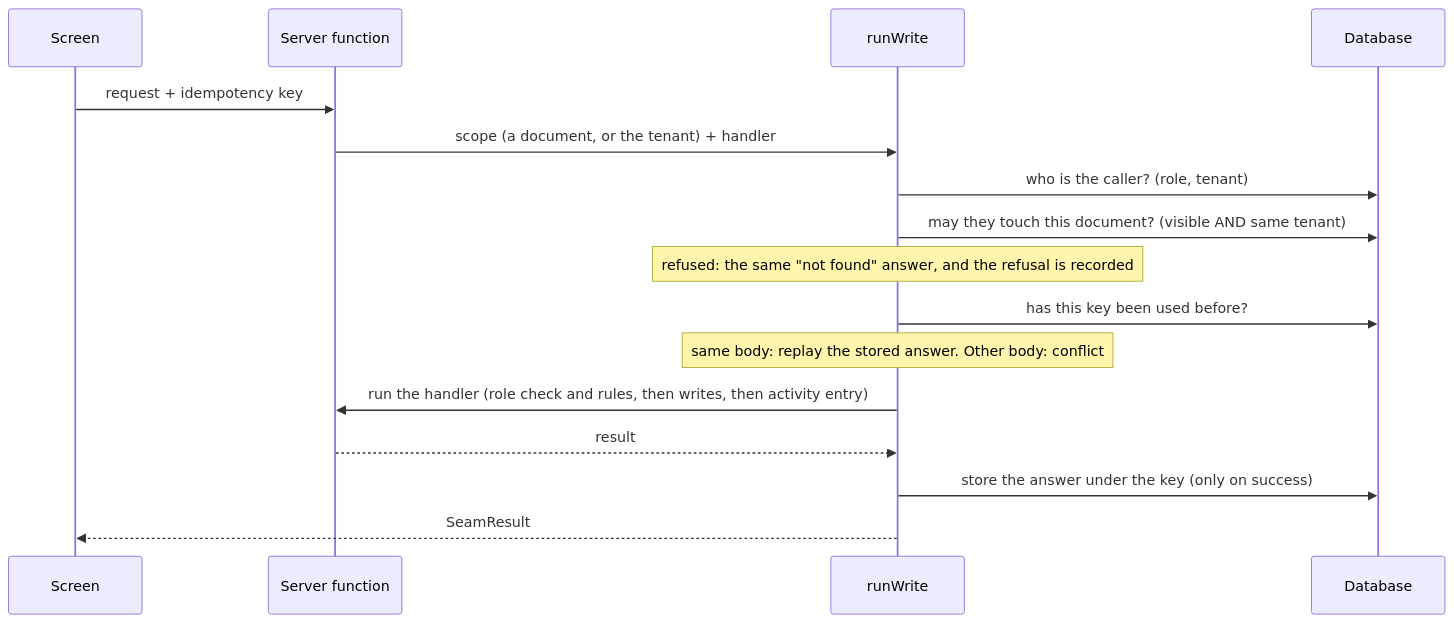
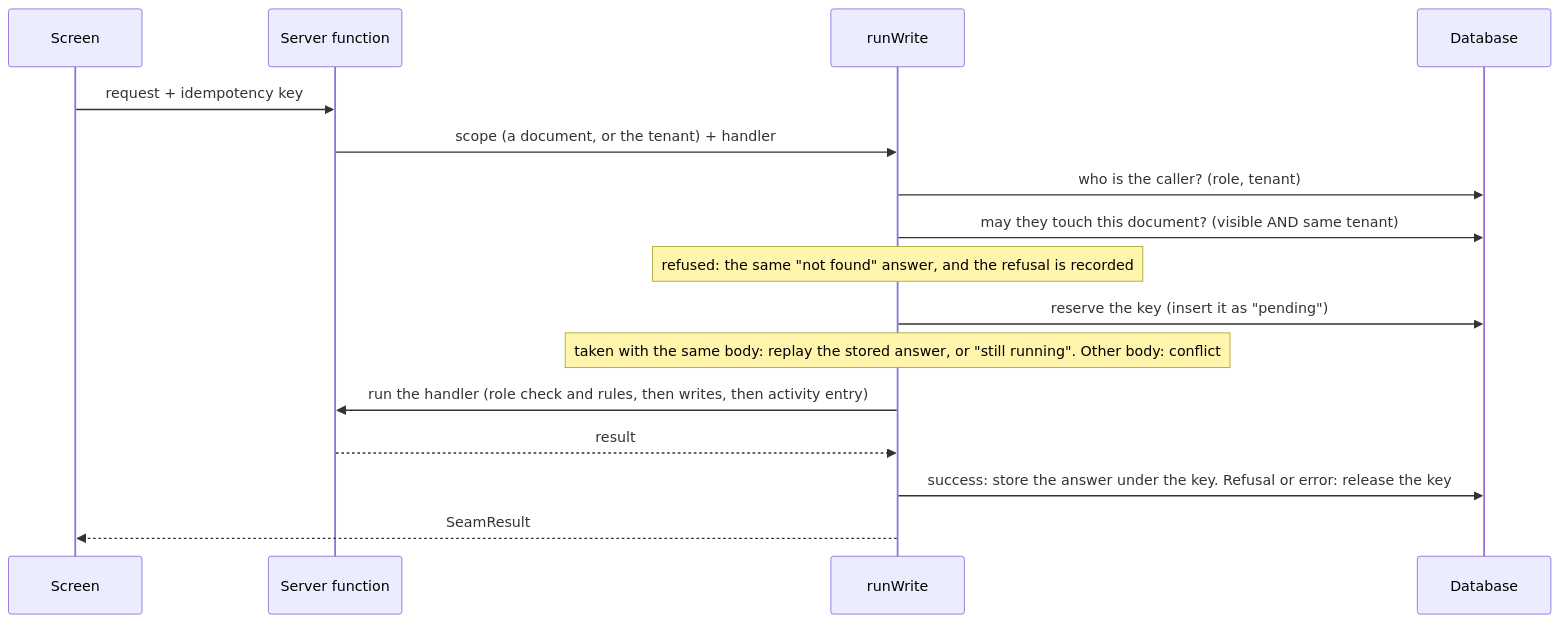
One commit to tatianafagundes/telco-docs-compass changed the third of 7 diagrams in docs/architecture/ARCHITECTURE.md. Above: the diagram before and after it, drawn with Mermaid. The commit also changed other lines of this file and 11 other files, not shown here.

Commit message:
docs: general documentation for newcomers: README with doc map, architecture (context, flows, lifecycle, access, data model), code organisation, development recipes, deployment

````diff
--- a/docs/architecture/ARCHITECTURE.md
+++ b/docs/architecture/ARCHITECTURE.md
@@ -36,18 +82,18 @@
 ```mermaid
 sequenceDiagram
   participant S as Screen
   participant F as Server function
   participant W as runWrite
   participant D as Database
   S->>F: request + idempotency key
   F->>W: scope (a document, or the tenant) + handler
   W->>D: who is the caller? (role, tenant)
   W->>D: may they touch this document? (visible AND same tenant)
   Note over W: refused: the same "not found" answer, and the refusal is recorded
-  W->>D: has this key been used before?
-  Note over W: same body: replay the stored answer. Other body: conflict
+  W->>D: reserve the key (insert it as "pending")
+  Note over W: taken with the same body: replay the stored answer, or "still running". Other body: conflict
   W->>F: run the handler (role check and rules, then writes, then activity entry)
   F-->>W: result
-  W->>D: store the answer under the key (only on success)
+  W->>D: success: store the answer under the key. Refusal or error: release the key
   W-->>S: SeamResult
 ```
````
